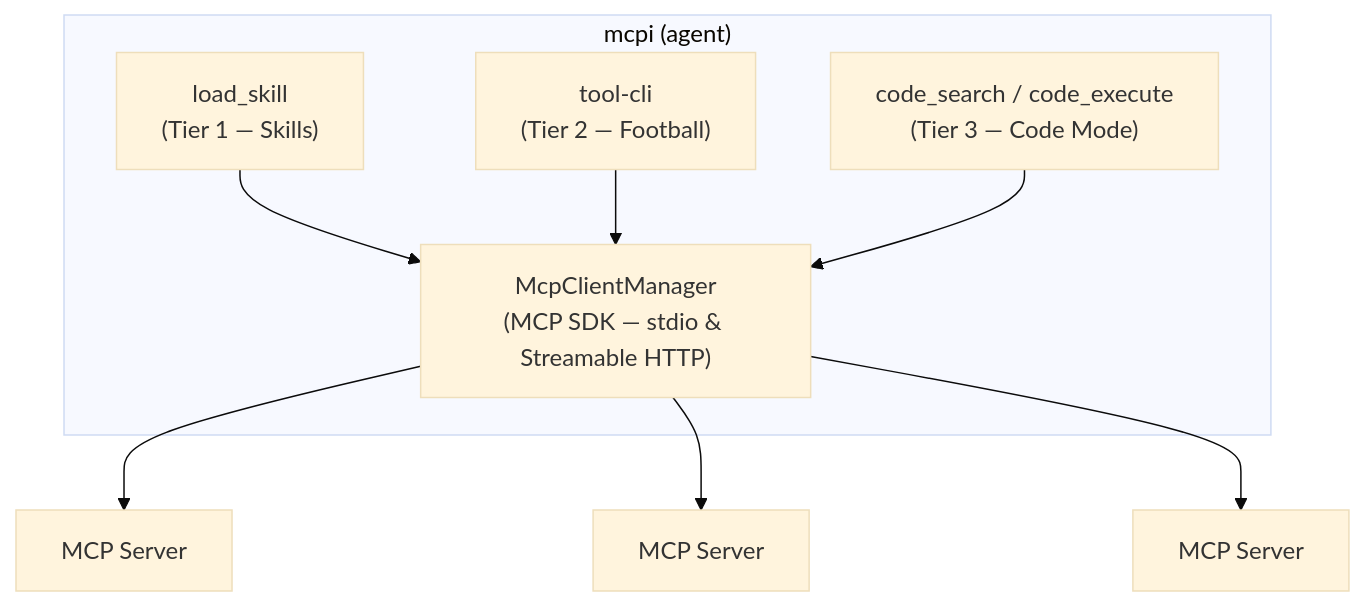
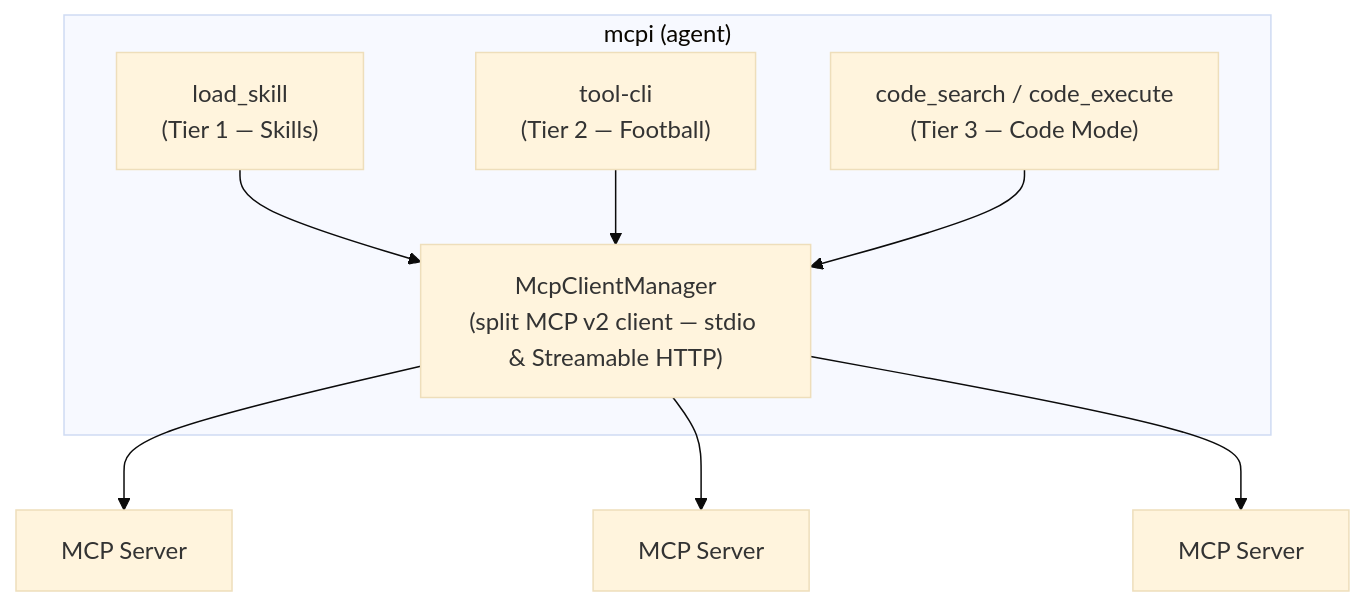
Before and after one commit to SamMorrowDrums/mcpi-ext: the diagram in README.md, drawn with Mermaid (base theme). The commit also changed other lines of this file and 24 other files, not shown here.

````diff
--- a/README.md
+++ b/README.md
@@ -130,15 +130,15 @@
 ```mermaid
 flowchart TD
     subgraph mcpi["mcpi (agent)"]
         T1["load_skill\n(Tier 1 — Skills)"]
         T2["tool-cli\n(Tier 2 — Football)"]
         T3["code_search / code_execute\n(Tier 3 — Code Mode)"]
-        MCM["McpClientManager\n(MCP SDK — stdio & Streamable HTTP)"]
+        MCM["McpClientManager\n(split MCP v2 client — stdio & Streamable HTTP)"]
         T1 --> MCM
         T2 --> MCM
         T3 --> MCM
     end
     MCM --> S1["MCP Server"]
     MCM --> S2["MCP Server"]
     MCM --> S3["MCP Server"]
 ```
````
